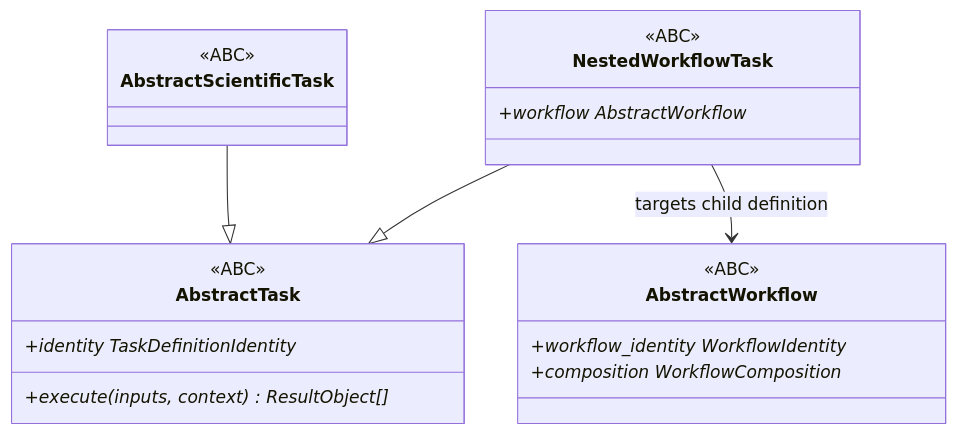
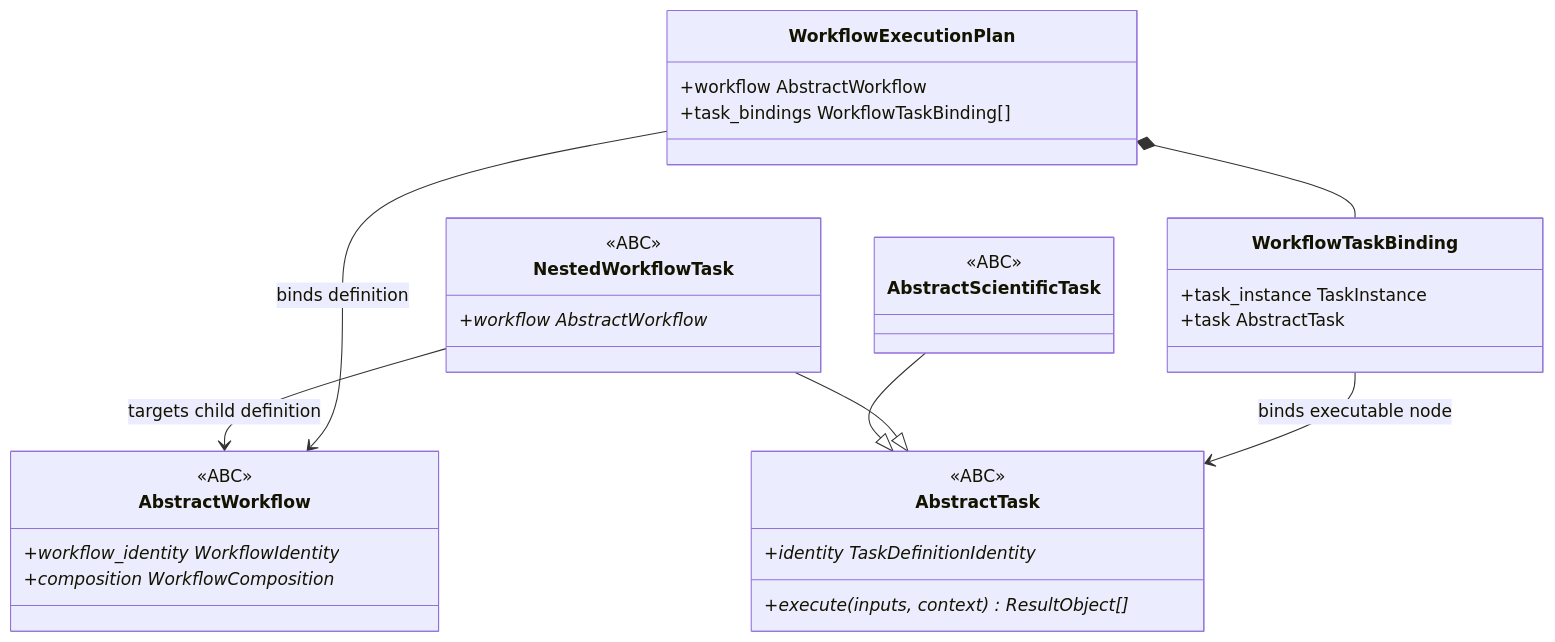
The first of 4 diagrams in docs/architecture/v2/ksdft2effmass/workflow/schematic.md (eragasa/ksdft2effmass), drawn with Mermaid before and after one commit. The commit also changed other lines of this file and 3 other files, not shown here.

Commit message:
docs(workflow): define execution plan bindings

````diff
--- a/docs/architecture/v2/ksdft2effmass/workflow/schematic.md
+++ b/docs/architecture/v2/ksdft2effmass/workflow/schematic.md
@@ -5,24 +5,35 @@
 ```mermaid
 classDiagram
     class AbstractTask {
         <<ABC>>
         +identity TaskDefinitionIdentity*
         +execute(inputs, context) ResultObject[]*
     }
     class AbstractScientificTask {
         <<ABC>>
     }
     class AbstractWorkflow {
         <<ABC>>
         +workflow_identity WorkflowIdentity*
         +composition WorkflowComposition*
     }
     class NestedWorkflowTask {
         <<ABC>>
         +workflow AbstractWorkflow*
     }
+    class WorkflowTaskBinding {
+        +task_instance TaskInstance
+        +task AbstractTask
+    }
+    class WorkflowExecutionPlan {
+        +workflow AbstractWorkflow
+        +task_bindings WorkflowTaskBinding[]
+    }
 
     AbstractScientificTask --|> AbstractTask
     NestedWorkflowTask --|> AbstractTask
     NestedWorkflowTask --> AbstractWorkflow : targets child definition
+    WorkflowTaskBinding --> AbstractTask : binds executable node
+    WorkflowExecutionPlan --> AbstractWorkflow : binds definition
+    WorkflowExecutionPlan *-- WorkflowTaskBinding
 ```
````
